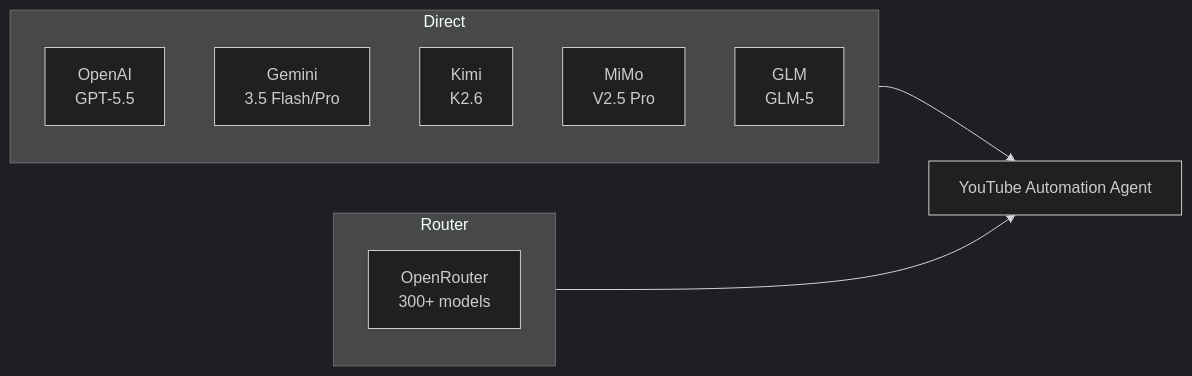
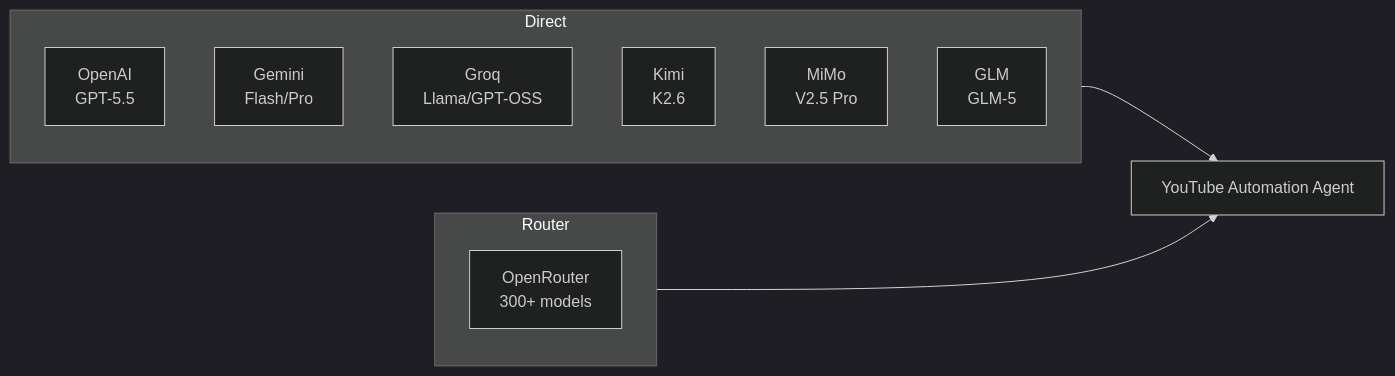
One commit to blaizetutors-blip/youtube-automation-agent changed the second of 4 diagrams in README.md. Above: the diagram before and after it, drawn with Mermaid (dark theme). The commit also changed other lines of this file and 17 other files, not shown here.

````diff
--- a/README.md
+++ b/README.md
@@ -91,15 +103,16 @@
 ```mermaid
 graph LR
     subgraph Direct
         OA[OpenAI<br/>GPT-5.5]
-        GM[Gemini<br/>3.5 Flash/Pro]
+        GM[Gemini<br/>Flash/Pro]
+        GQ[Groq<br/>Llama/GPT-OSS]
         KM[Kimi<br/>K2.6]
         MM[MiMo<br/>V2.5 Pro]
         GL[GLM<br/>GLM-5]
     end
     subgraph Router
         OR[OpenRouter<br/>300+ models]
     end
     Direct --> YAA[YouTube Automation Agent]
     Router --> YAA
 ```
````
